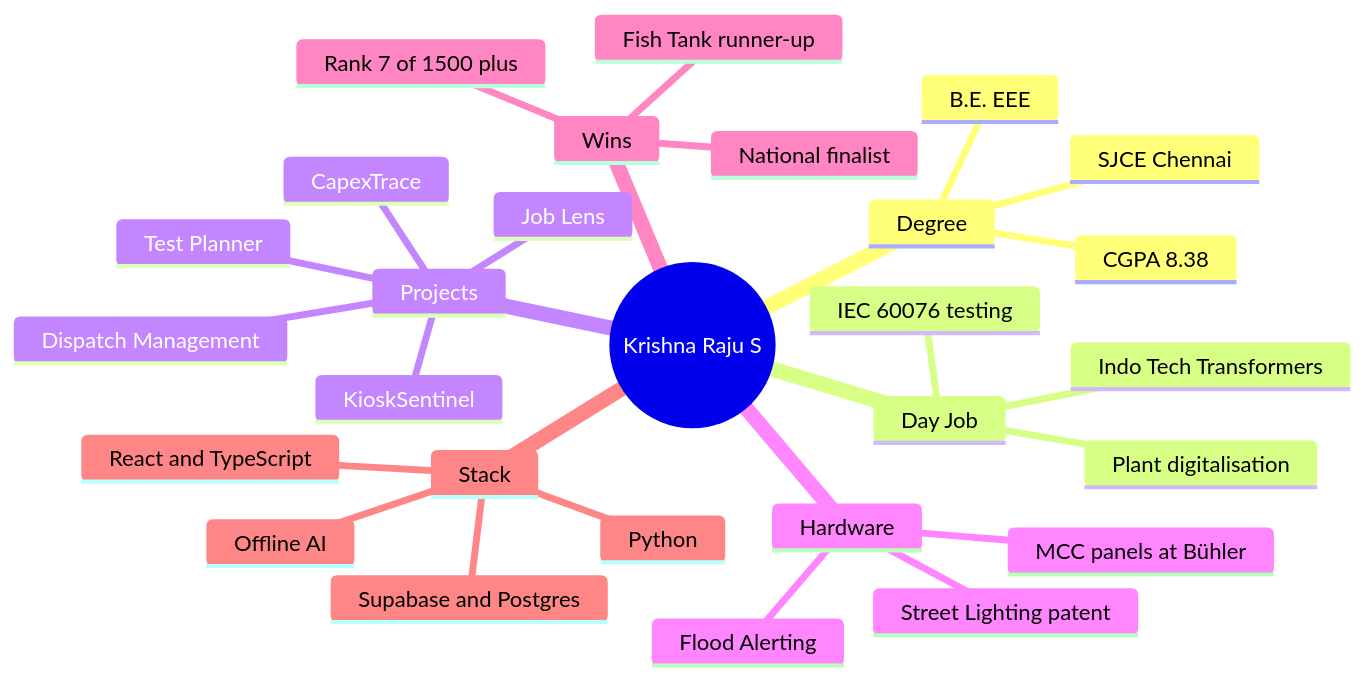
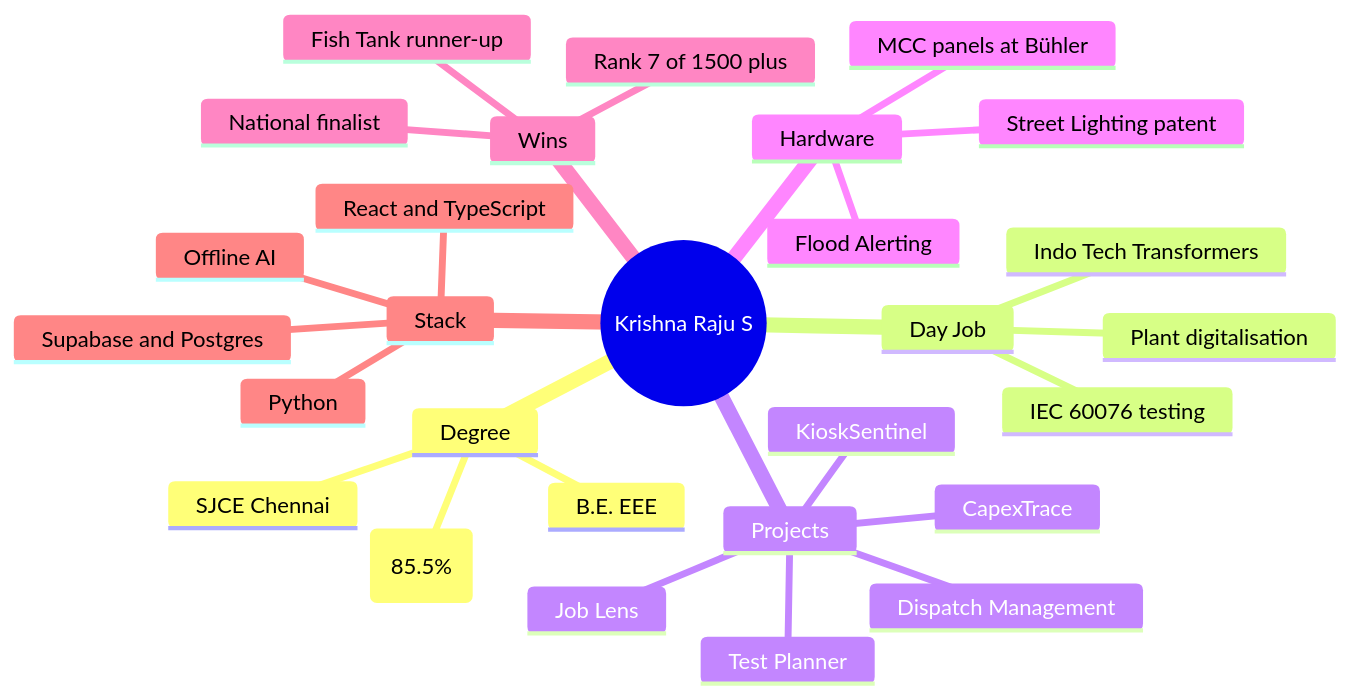
The first of 5 diagrams in README.md (KRISH-exe-29/KRISH-exe-29), drawn with Mermaid before and after one commit. The commit also changed other lines of this file and 1 other file, not shown here.

Commit message:
Update CGPA to 8.55 and add 85.5% percentage

````diff
--- a/README.md
+++ b/README.md
@@ -69,31 +70,31 @@
 ```mermaid
 mindmap
   root((Krishna Raju S))
     Degree
       B.E. EEE
       SJCE Chennai
-      CGPA 8.38
+      CGPA 8.55 (85.5%)
     Day Job
       Indo Tech Transformers
       IEC 60076 testing
       Plant digitalisation
     Projects
       Dispatch Management
       Job Lens
       Test Planner
       CapexTrace
       KioskSentinel
     Hardware
       Street Lighting patent
       Flood Alerting
       MCC panels at Bühler
     Wins
       Rank 7 of 1500 plus
       Fish Tank runner-up
       National finalist
     Stack
       React and TypeScript
       Python
       Supabase and Postgres
       Offline AI
 ```
````
